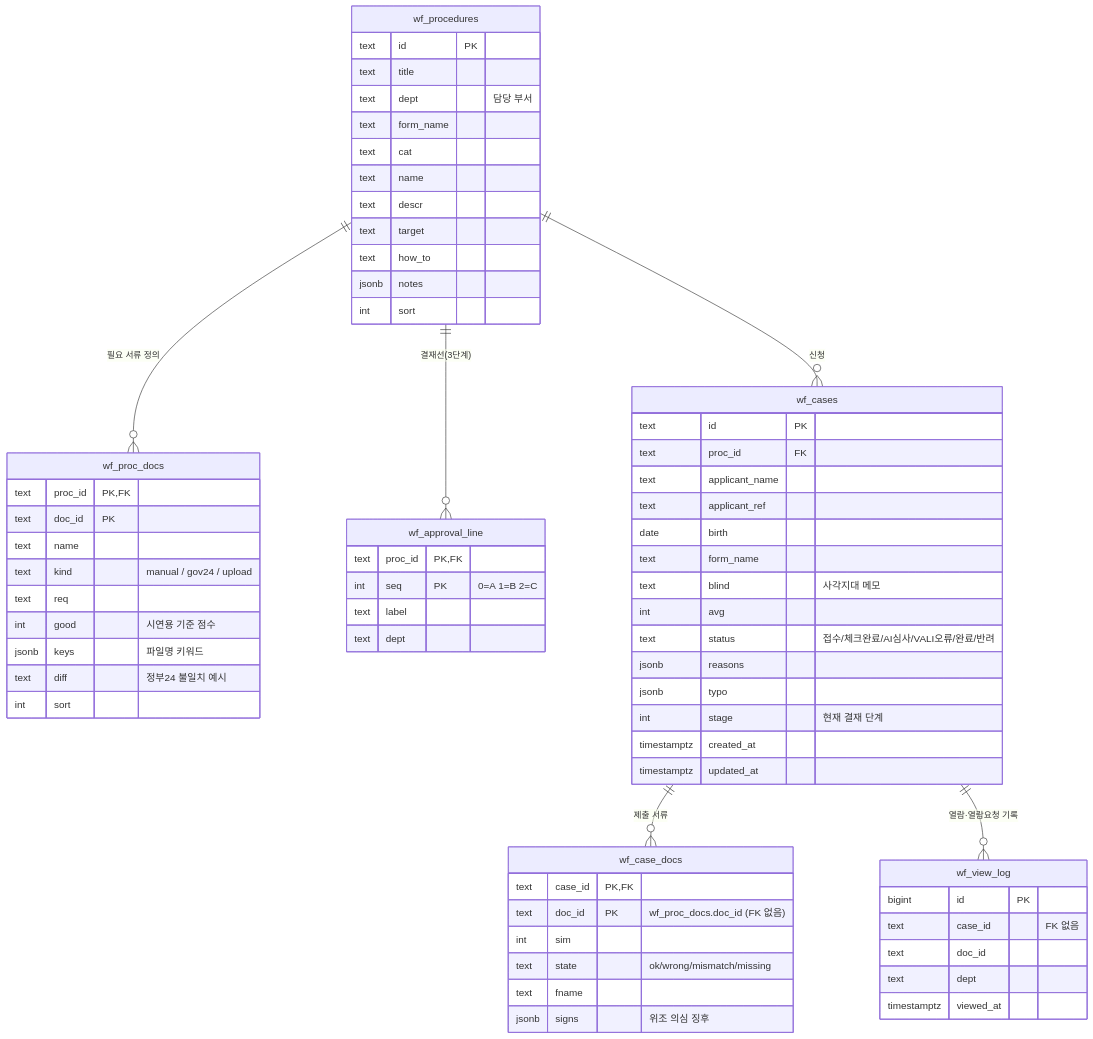
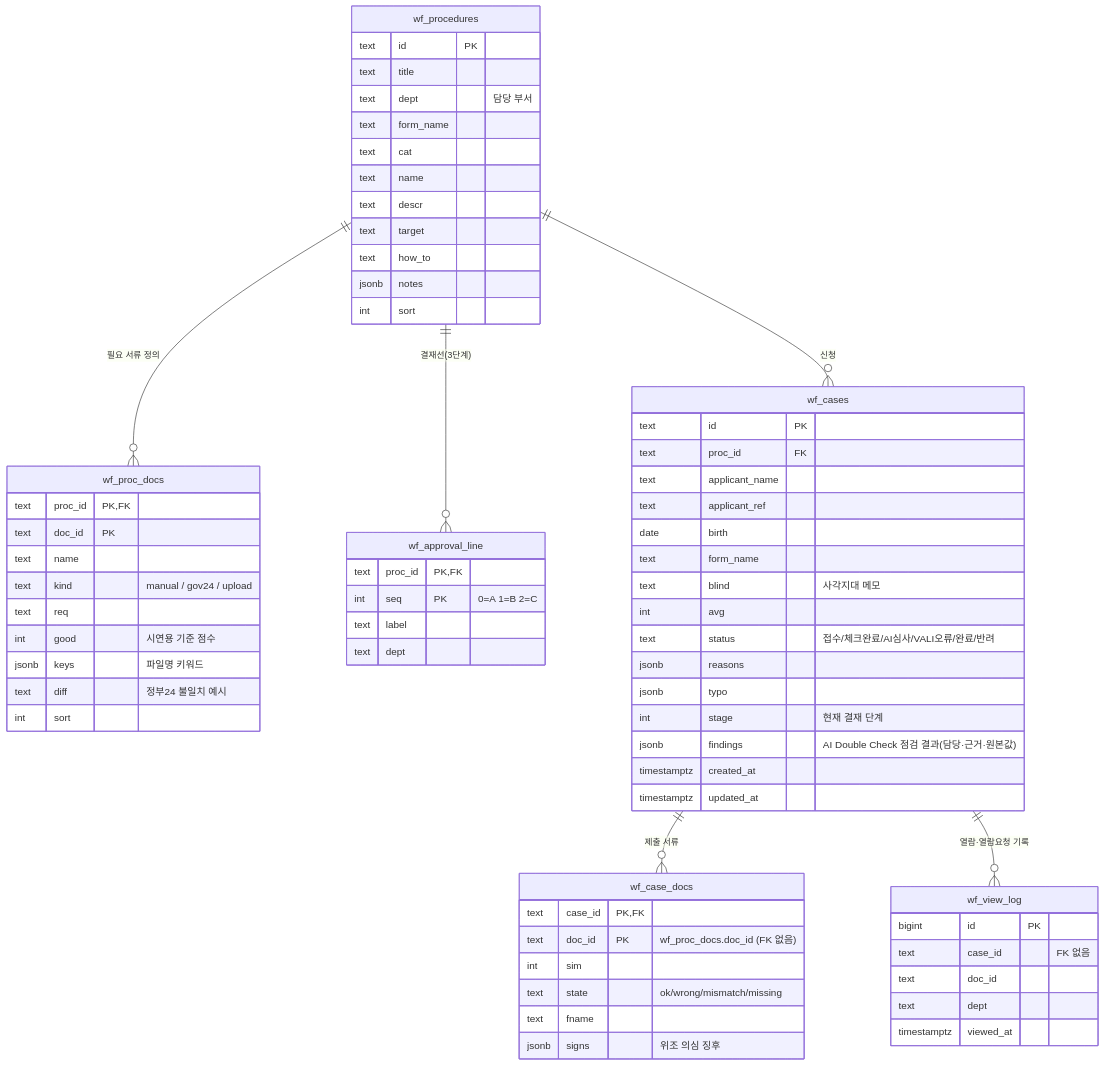
One commit to DooBae-KR/OnePiece_SAKAK changed the diagram in docs/ERD.md. Above: the diagram before and after it, drawn with Mermaid. The commit also changed other lines of this file and 4 other files, not shown here.

First line of the commit message:
AI Double Check 판독 엔진 연동: 실제 서류 판독과 결재자별 점검 결과

````diff
--- a/docs/ERD.md
+++ b/docs/ERD.md
@@ -3,70 +3,71 @@
 ```mermaid
 erDiagram
     wf_procedures ||--o{ wf_proc_docs : "필요 서류 정의"
     wf_procedures ||--o{ wf_approval_line : "결재선(3단계)"
     wf_procedures ||--o{ wf_cases : "신청"
     wf_cases ||--o{ wf_case_docs : "제출 서류"
     wf_cases ||--o{ wf_view_log : "열람·열람요청 기록"
 
     wf_procedures {
         text id PK
         text title
         text dept "담당 부서"
         text form_name
         text cat
         text name
         text descr
         text target
         text how_to
         jsonb notes
         int sort
     }
     wf_proc_docs {
         text proc_id PK,FK
         text doc_id PK
         text name
         text kind "manual / gov24 / upload"
         text req
         int good "시연용 기준 점수"
         jsonb keys "파일명 키워드"
         text diff "정부24 불일치 예시"
         int sort
     }
     wf_approval_line {
         text proc_id PK,FK
         int seq PK "0=A 1=B 2=C"
         text label
         text dept
     }
     wf_cases {
         text id PK
         text proc_id FK
         text applicant_name
         text applicant_ref
         date birth
         text form_name
         text blind "사각지대 메모"
         int avg
         text status "접수/체크완료/AI심사/VALI오류/완료/반려"
         jsonb reasons
         jsonb typo
         int stage "현재 결재 단계"
+        jsonb findings "AI Double Check 점검 결과(담당·근거·원본값)"
         timestamptz created_at
         timestamptz updated_at
     }
     wf_case_docs {
         text case_id PK,FK
         text doc_id PK "wf_proc_docs.doc_id (FK 없음)"
         int sim
         text state "ok/wrong/mismatch/missing"
         text fname
         jsonb signs "위조 의심 징후"
     }
     wf_view_log {
         bigint id PK
         text case_id "FK 없음"
         text doc_id
         text dept
         timestamptz viewed_at
     }
 ```
````
